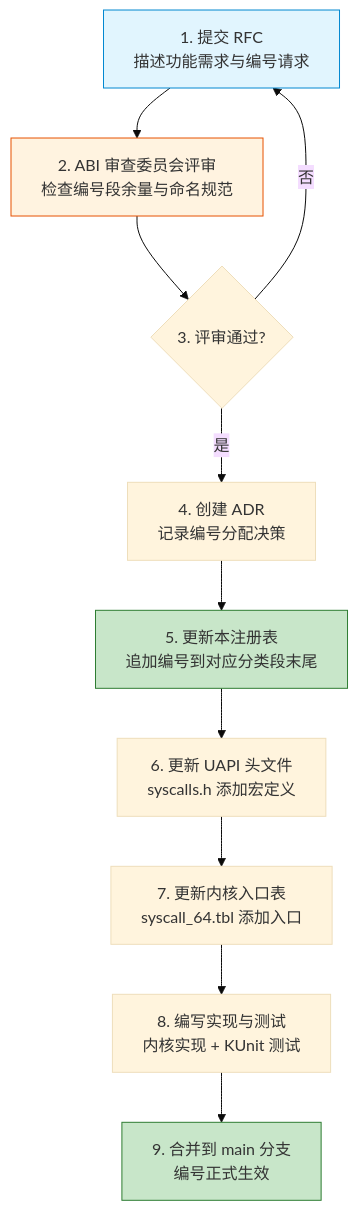
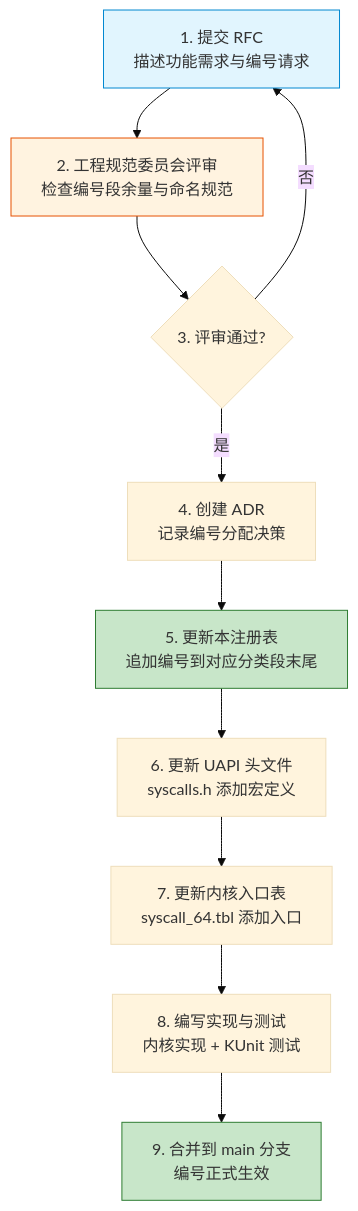
Before and after one commit to openairymax/docs-linux: the diagram in 140-application-development/07-syscall-registry.md, drawn with Mermaid (base theme). The commit also changed other lines of this file and 136 other files, not shown here.

````diff
--- a/140-application-development/07-syscall-registry.md
+++ b/140-application-development/07-syscall-registry.md
@@ -519,17 +519,17 @@
 ```mermaid
 graph TD
-    A[1. 提交 RFC<br/>描述功能需求与编号请求] --> B[2. ABI 审查委员会评审<br/>检查编号段余量与命名规范]
+    A[1. 提交 RFC<br/>描述功能需求与编号请求] --> B[2. 工程规范委员会评审<br/>检查编号段余量与命名规范]
     B --> C{3. 评审通过?}
     C -->|否| A
     C -->|是| D[4. 创建 ADR<br/>记录编号分配决策]
     D --> E[5. 更新本注册表<br/>追加编号到对应分类段末尾]
     E --> F[6. 更新 UAPI 头文件<br/>syscalls.h 添加宏定义]
     F --> G[7. 更新内核入口表<br/>syscall_64.tbl 添加入口]
     G --> H[8. 编写实现与测试<br/>内核实现 + KUnit 测试]
     H --> I[9. 合并到 main 分支<br/>编号正式生效]
 
     style A fill:#e1f5fe,stroke:#0288d1
     style B fill:#fff3e0,stroke:#e65100
     style E fill:#c8e6c9,stroke:#2e7d32
     style I fill:#c8e6c9,stroke:#2e7d32
 ```
````
